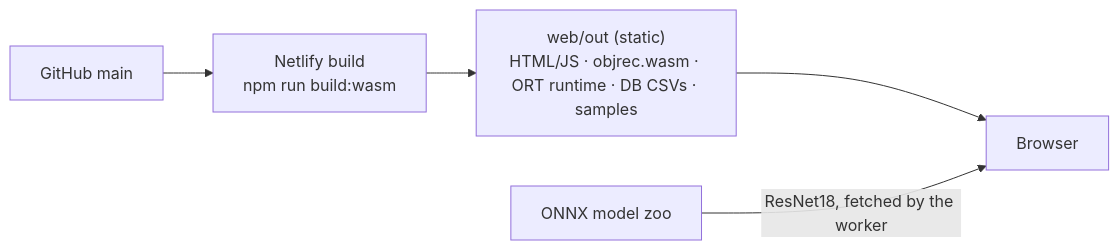
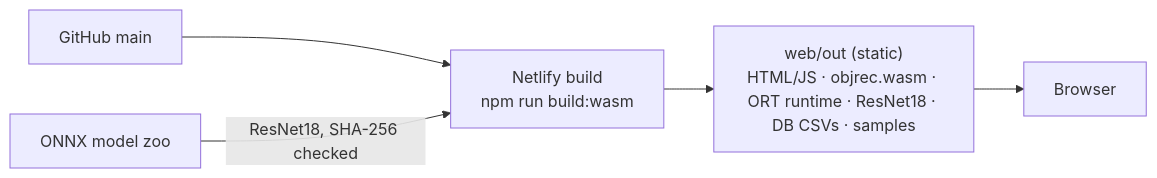
The seventh of 7 diagrams in ARCHITECTURE.md (supriya-kotturu/real-time-2d-object-recognition), drawn with Mermaid before and after one commit. The commit also changed other lines of this file and 8 other files, not shown here.

First line of the commit message:
fix(web): :bug: serve ResNet18 from the site so blocked networks still get embeddings

````diff
--- a/ARCHITECTURE.md
+++ b/ARCHITECTURE.md
@@ -159,7 +159,7 @@
 ```mermaid
 flowchart LR
     GH[GitHub main] --> N[Netlify build<br/>npm run build:wasm]
-    N --> O["web/out (static)<br/>HTML/JS · objrec.wasm · ORT runtime · DB CSVs · samples"]
+    N --> O["web/out (static)<br/>HTML/JS · objrec.wasm · ORT runtime · ResNet18 · DB CSVs · samples"]
+    Z[ONNX model zoo] -- "ResNet18, SHA-256 checked" --> N
     O --> B[Browser]
-    Z[ONNX model zoo] -- "ResNet18, fetched by the worker" --> B
 ```
````
